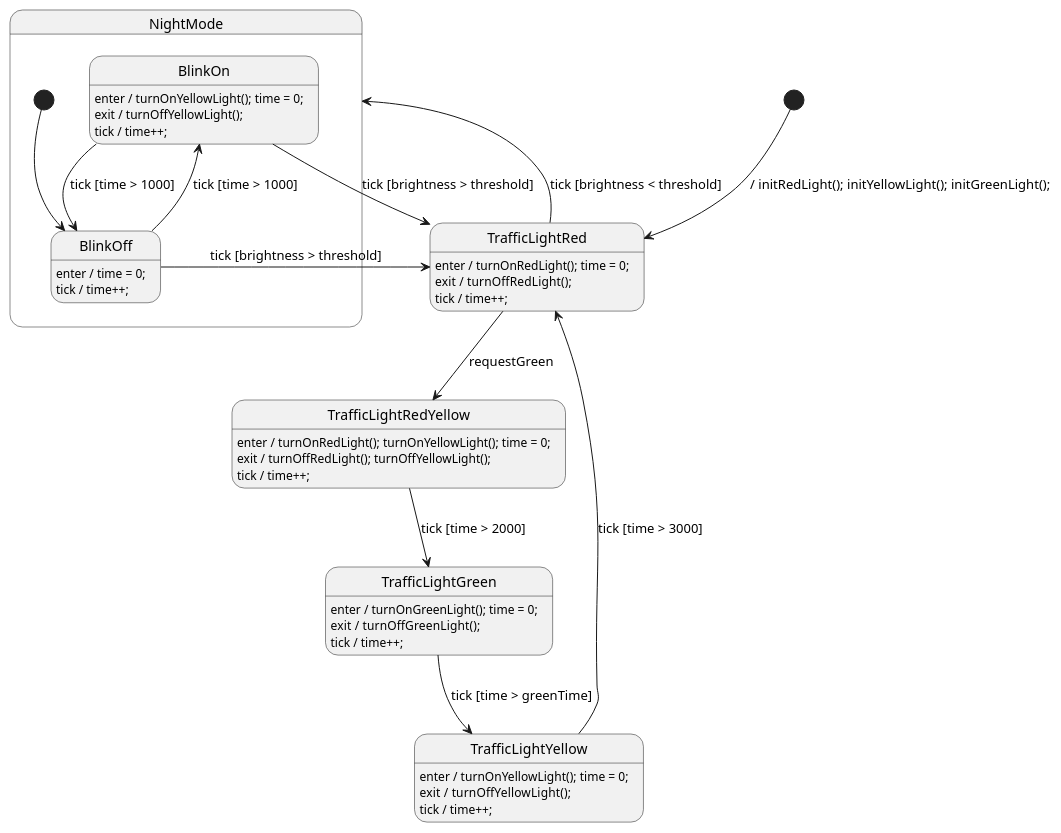
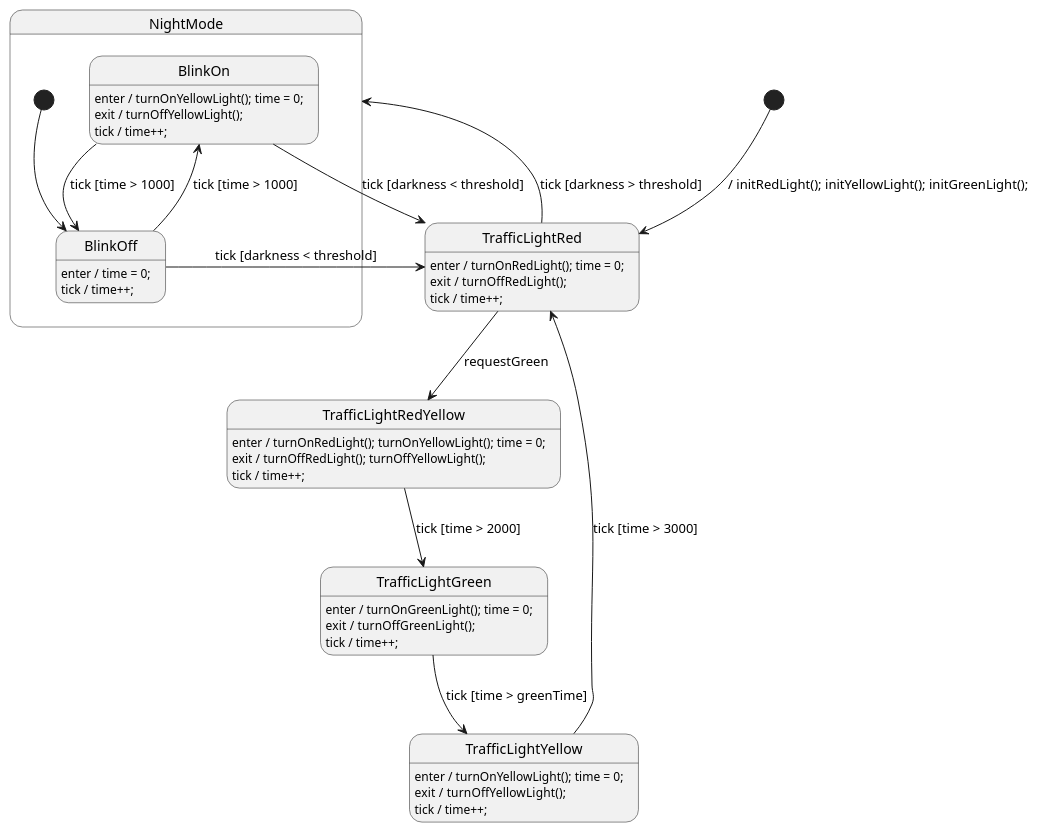
Before and after one commit to valentin-haub/esp32-traffic-light-management-system: the diagram in State_machine/TrafficLight.plantuml, drawn with PlantUML.

Commit message:
'brightness' in 'darkness' umbenannt (Logik reversed)

```diff
--- a/State_machine/TrafficLight.plantuml
+++ b/State_machine/TrafficLight.plantuml
@@ -1,94 +1,94 @@
 @startuml TrafficLight
 
 ' //////////////////////// STATE ORGANIZATION ///////////////////////
 ' Note: StateSmith treats state names and events as case insensitive.
 ' More info: https://github.com/StateSmith/StateSmith/wiki/PlantUML
 
 state TrafficLightRed
 state TrafficLightRedYellow
 state TrafficLightGreen
 state TrafficLightYellow
 
 state NightMode {
     state BlinkOn
     state BlinkOff
 
     [*] --> BlinkOff
 
     ' BlinkOff
     BlinkOff: enter / time = 0;
     BlinkOff: tick / time++;
     BlinkOff --> BlinkOn : tick [time > 1000]
-    BlinkOff --> TrafficLightRed : tick [brightness > threshold]
+    BlinkOff --> TrafficLightRed : tick [darkness < threshold]
 
     ' BlinkOn
     BlinkOn: enter / turnOnYellowLight(); time = 0;
     BlinkOn: exit / turnOffYellowLight();
     BlinkOn: tick / time++;
     BlinkOn --> BlinkOff : tick [time > 1000]
-    BlinkOn --> TrafficLightRed : tick [brightness > threshold]
+    BlinkOn --> TrafficLightRed : tick [darkness < threshold]
 }
 
 
 ' ///////////////////////// STATE HANDLERS /////////////////////////
 ' Syntax: https://github.com/StateSmith/StateSmith/wiki/Behaviors
 
 [*] --> TrafficLightRed : / initRedLight(); initYellowLight(); initGreenLight();
 
 ' TrafficLightRed
 TrafficLightRed: enter / turnOnRedLight(); time = 0;
 TrafficLightRed: exit  / turnOffRedLight();
 TrafficLightRed: tick / time++;
 TrafficLightRed --> TrafficLightRedYellow : requestGreen
-TrafficLightRed --> NightMode : tick [brightness < threshold]
+TrafficLightRed --> NightMode : tick [darkness > threshold]
 
 ' TrafficLightRedYellow
 TrafficLightRedYellow: enter / turnOnRedLight(); turnOnYellowLight(); time = 0;
 TrafficLightRedYellow: exit / turnOffRedLight(); turnOffYellowLight();
 TrafficLightRedYellow: tick / time++;
 TrafficLightRedYellow --> TrafficLightGreen : tick [time > 2000]
 
 ' TrafficLightGreen
 TrafficLightGreen: enter / turnOnGreenLight(); time = 0;
 TrafficLightGreen: exit  / turnOffGreenLight();
 TrafficLightGreen: tick / time++;
 TrafficLightGreen --> TrafficLightYellow : tick [time > greenTime]
 
 ' TrafficLightYellow
 TrafficLightYellow: enter / turnOnYellowLight(); time = 0;
 TrafficLightYellow: exit  / turnOffYellowLight();
 TrafficLightYellow: tick / time++;
 TrafficLightYellow --> TrafficLightRed : tick [time > 3000]
 
 
 
 ' //////////////////////// StateSmith config ////////////////////////
 ' The below special comment block sets the StateSmith configuration.
 ' More info: https://github.com/StateSmith/StateSmith/issues/335
 
 /'! $CONFIG : toml
 
 [RenderConfig]
 FileTop = """
     """
 AutoExpandedVars = """
     uint16_t time;
     uint16_t greenTime;
-    uint16_t brightness;
+    uint16_t darkness;
     uint16_t threshold;
     """
 
 [RenderConfig.C]
 CFileExtension = ".cpp"
 HFileExtension = ".hpp"
 HFileIncludes = """
     #include <stdint.h> // for time var
     """
 CFileIncludes = """
     #include "driver.hpp"
     """
 
 [SmRunnerSettings]
 transpilerId = "C99"
 '/
 @enduml
```
